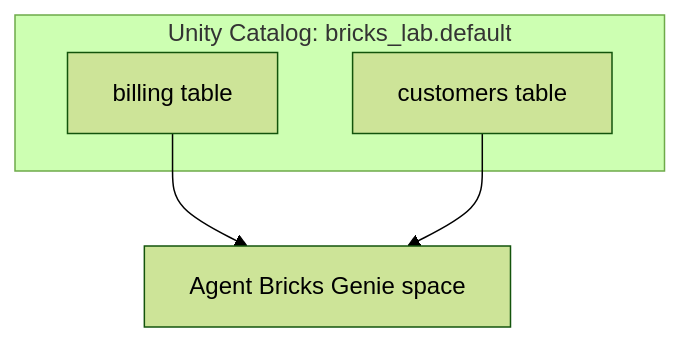
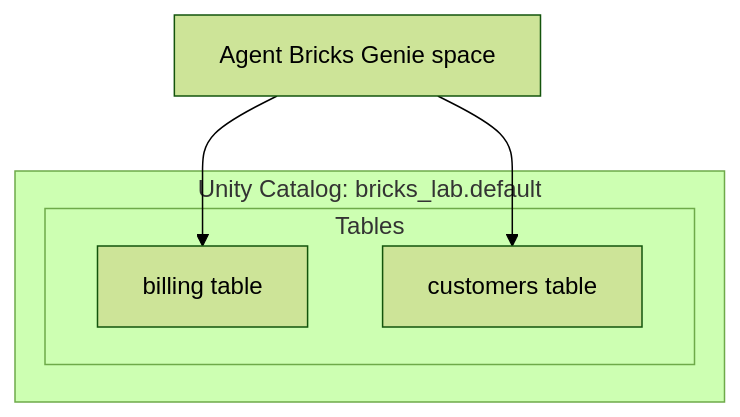
One commit to dbagentworkshop/dbagentworkshop changed the second of 3 diagrams in README.md. Above: the diagram before and after it, drawn with Mermaid (forest theme). The commit also changed other lines of this file, not shown here.

Commit message:
refine mermaid graphs

````diff
--- a/README.md
+++ b/README.md
@@ -162,10 +166,12 @@
 ```mermaid
 flowchart TB
+  genie_space[Agent Bricks Genie space]
   subgraph uc_genie ["Unity Catalog: bricks_lab.default"]
-    billing_table[billing table]
-    customers_table[customers table]
+    subgraph uc_genie_tbl ["Tables"]
+      billing_table[billing table]
+      customers_table[customers table]
+    end
   end
-  genie_space[Agent Bricks Genie space]
-  billing_table --> genie_space
-  customers_table --> genie_space
+  genie_space --> billing_table
+  genie_space --> customers_table
 ```
````
